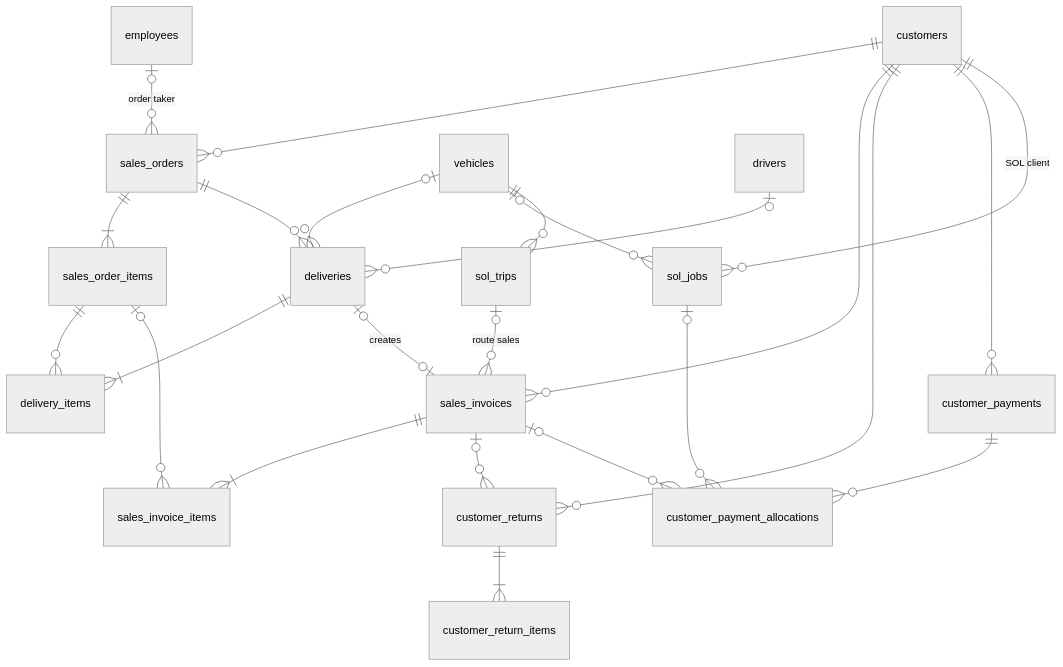
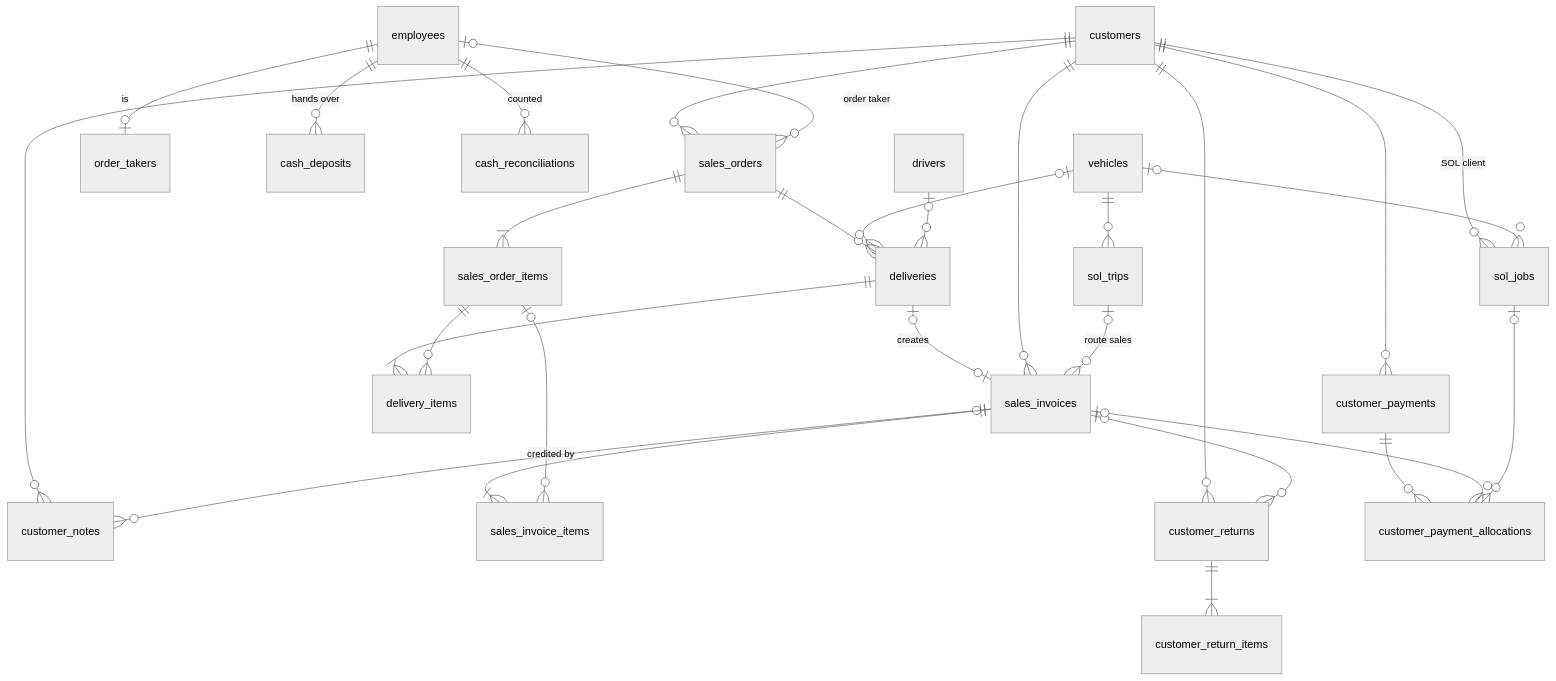
The fourth of 5 diagrams in docs/DATABASE_DESIGN.md (abdullahch98832-droid/ayra-dist-software), drawn with Mermaid (neutral theme) before and after one commit. The commit also changed other lines of this file and 308 other files, not shown here.

````diff
--- a/docs/DATABASE_DESIGN.md
+++ b/docs/DATABASE_DESIGN.md
@@ -118,26 +124,31 @@
 ```mermaid
 erDiagram
   customers ||--o{ sales_orders : ""
   employees |o--o{ sales_orders : "order taker"
+  employees ||--o| order_takers : "is"
+  employees ||--o{ cash_deposits : "hands over"
+  employees ||--o{ cash_reconciliations : "counted"
+  customers ||--o{ customer_notes : ""
+  sales_invoices |o--o{ customer_notes : "credited by"
   sales_orders ||--|{ sales_order_items : ""
   sales_orders ||--o{ deliveries : ""
   deliveries ||--|{ delivery_items : ""
   sales_order_items ||--o{ delivery_items : ""
   deliveries |o--o| sales_invoices : "creates"
   vehicles |o--o{ deliveries : ""
   drivers |o--o{ deliveries : ""
   customers ||--o{ sales_invoices : ""
   sales_invoices ||--|{ sales_invoice_items : ""
   sales_order_items |o--o{ sales_invoice_items : ""
   customers ||--o{ customer_returns : ""
   sales_invoices |o--o{ customer_returns : ""
   customer_returns ||--|{ customer_return_items : ""
   customers ||--o{ customer_payments : ""
   customer_payments ||--o{ customer_payment_allocations : ""
   sales_invoices |o--o{ customer_payment_allocations : ""
   sol_jobs |o--o{ customer_payment_allocations : ""
   customers ||--o{ sol_jobs : "SOL client"
   vehicles |o--o{ sol_jobs : ""
   vehicles ||--o{ sol_trips : ""
   sol_trips |o--o{ sales_invoices : "route sales"
 ```
````
